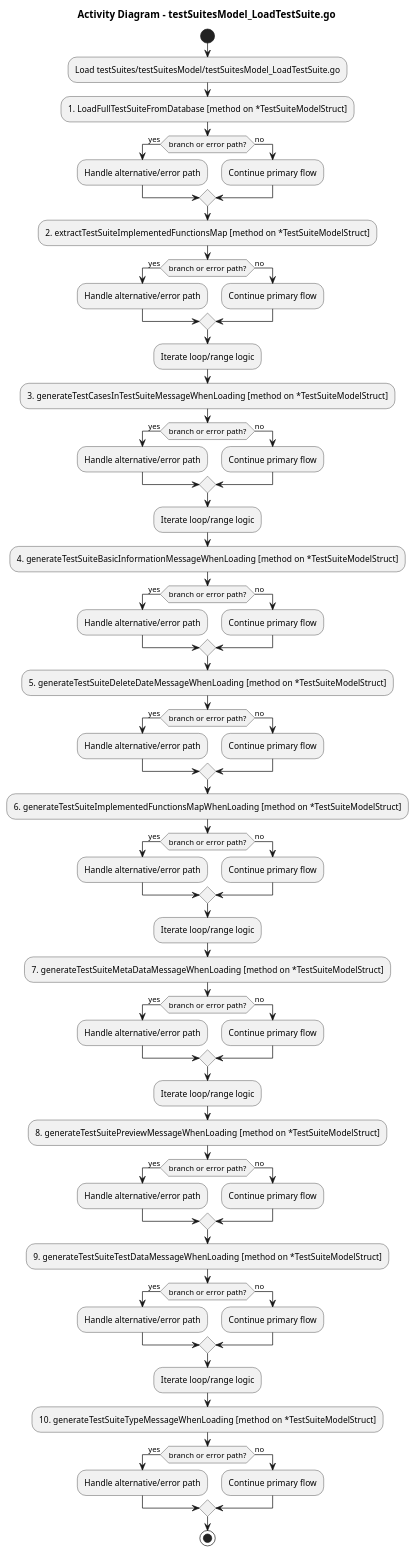
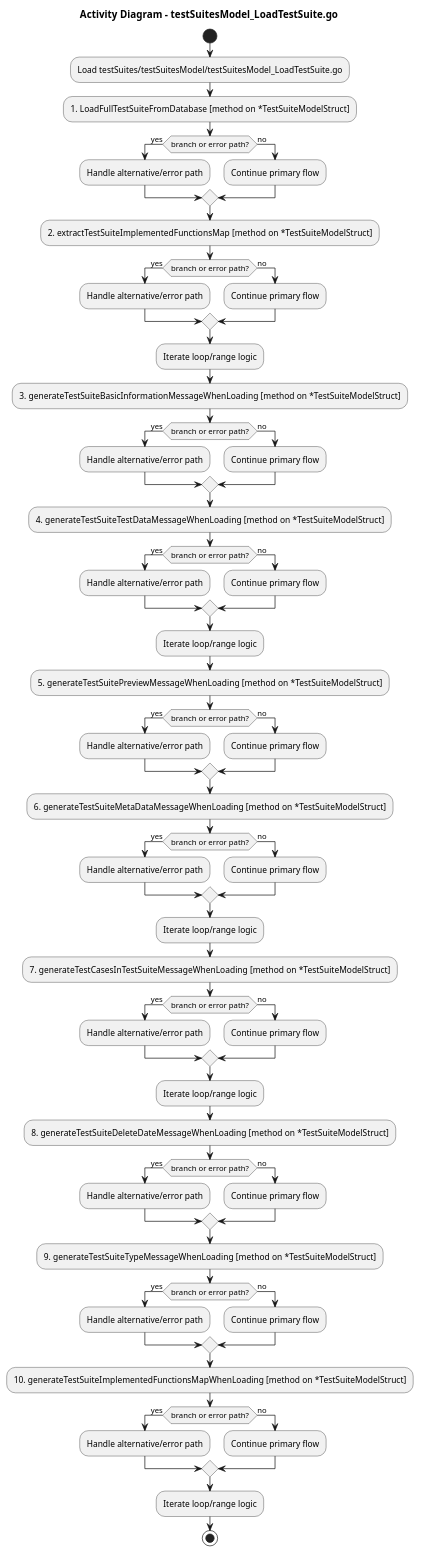
The diagram in testSuites/testSuitesModel/docs/testSuitesModel_LoadTestSuite_activity.puml (jlambert68/FenixTesterGui), drawn with PlantUML before and after one commit. The commit also changed 707 other files, not shown here.

Commit message:
Added md-files, activity-diagrams and sequence-diagrams for all go-files, v3

```diff
--- a/testSuites/testSuitesModel/docs/testSuitesModel_LoadTestSuite_activity.puml
+++ b/testSuites/testSuitesModel/docs/testSuitesModel_LoadTestSuite_activity.puml
@@ -1,71 +1,71 @@
 @startuml
 title Activity Diagram - testSuitesModel_LoadTestSuite.go
 start
 :Load testSuites/testSuitesModel/testSuitesModel_LoadTestSuite.go;
 :1. LoadFullTestSuiteFromDatabase [method on *TestSuiteModelStruct];
 if (branch or error path?) then (yes)
 :Handle alternative/error path;
 else (no)
 :Continue primary flow;
 endif
 :2. extractTestSuiteImplementedFunctionsMap [method on *TestSuiteModelStruct];
 if (branch or error path?) then (yes)
 :Handle alternative/error path;
 else (no)
 :Continue primary flow;
 endif
 :Iterate loop/range logic;
-:3. generateTestCasesInTestSuiteMessageWhenLoading [method on *TestSuiteModelStruct];
+:3. generateTestSuiteBasicInformationMessageWhenLoading [method on *TestSuiteModelStruct];
+if (branch or error path?) then (yes)
+:Handle alternative/error path;
+else (no)
+:Continue primary flow;
+endif
+:4. generateTestSuiteTestDataMessageWhenLoading [method on *TestSuiteModelStruct];
 if (branch or error path?) then (yes)
 :Handle alternative/error path;
 else (no)
 :Continue primary flow;
 endif
 :Iterate loop/range logic;
-:4. generateTestSuiteBasicInformationMessageWhenLoading [method on *TestSuiteModelStruct];
+:5. generateTestSuitePreviewMessageWhenLoading [method on *TestSuiteModelStruct];
 if (branch or error path?) then (yes)
 :Handle alternative/error path;
 else (no)
 :Continue primary flow;
 endif
-:5. generateTestSuiteDeleteDateMessageWhenLoading [method on *TestSuiteModelStruct];
-if (branch or error path?) then (yes)
-:Handle alternative/error path;
-else (no)
-:Continue primary flow;
-endif
-:6. generateTestSuiteImplementedFunctionsMapWhenLoading [method on *TestSuiteModelStruct];
+:6. generateTestSuiteMetaDataMessageWhenLoading [method on *TestSuiteModelStruct];
 if (branch or error path?) then (yes)
 :Handle alternative/error path;
 else (no)
 :Continue primary flow;
 endif
 :Iterate loop/range logic;
-:7. generateTestSuiteMetaDataMessageWhenLoading [method on *TestSuiteModelStruct];
+:7. generateTestCasesInTestSuiteMessageWhenLoading [method on *TestSuiteModelStruct];
 if (branch or error path?) then (yes)
 :Handle alternative/error path;
 else (no)
 :Continue primary flow;
 endif
 :Iterate loop/range logic;
-:8. generateTestSuitePreviewMessageWhenLoading [method on *TestSuiteModelStruct];
+:8. generateTestSuiteDeleteDateMessageWhenLoading [method on *TestSuiteModelStruct];
 if (branch or error path?) then (yes)
 :Handle alternative/error path;
 else (no)
 :Continue primary flow;
 endif
-:9. generateTestSuiteTestDataMessageWhenLoading [method on *TestSuiteModelStruct];
+:9. generateTestSuiteTypeMessageWhenLoading [method on *TestSuiteModelStruct];
+if (branch or error path?) then (yes)
+:Handle alternative/error path;
+else (no)
+:Continue primary flow;
+endif
+:10. generateTestSuiteImplementedFunctionsMapWhenLoading [method on *TestSuiteModelStruct];
 if (branch or error path?) then (yes)
 :Handle alternative/error path;
 else (no)
 :Continue primary flow;
 endif
 :Iterate loop/range logic;
-:10. generateTestSuiteTypeMessageWhenLoading [method on *TestSuiteModelStruct];
-if (branch or error path?) then (yes)
-:Handle alternative/error path;
-else (no)
-:Continue primary flow;
-endif
 stop
 @enduml
```
